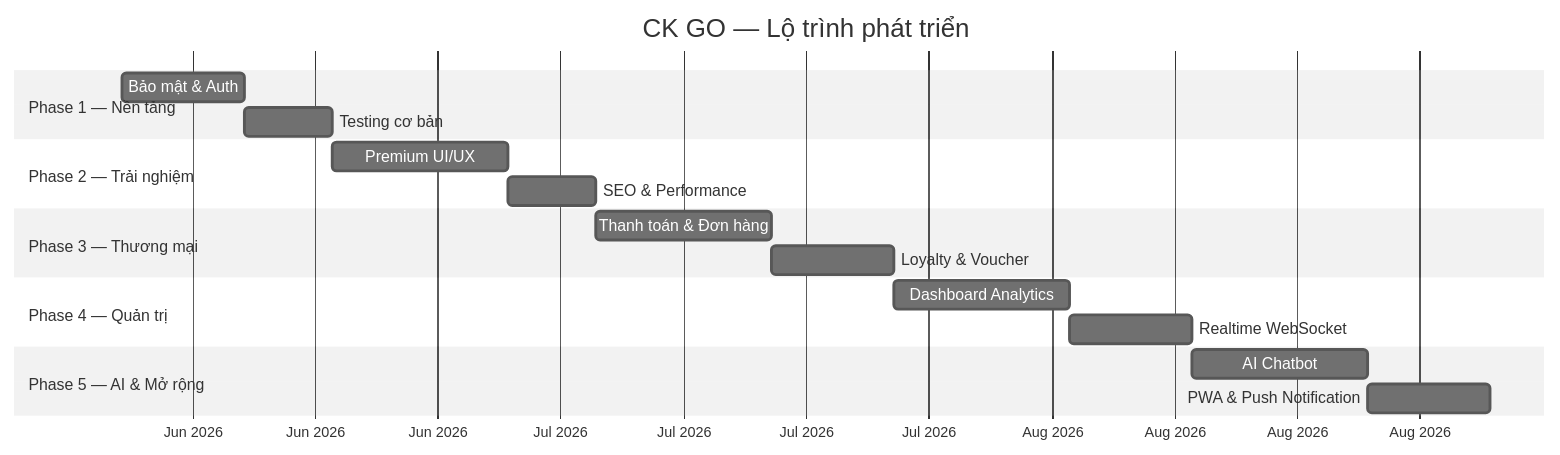
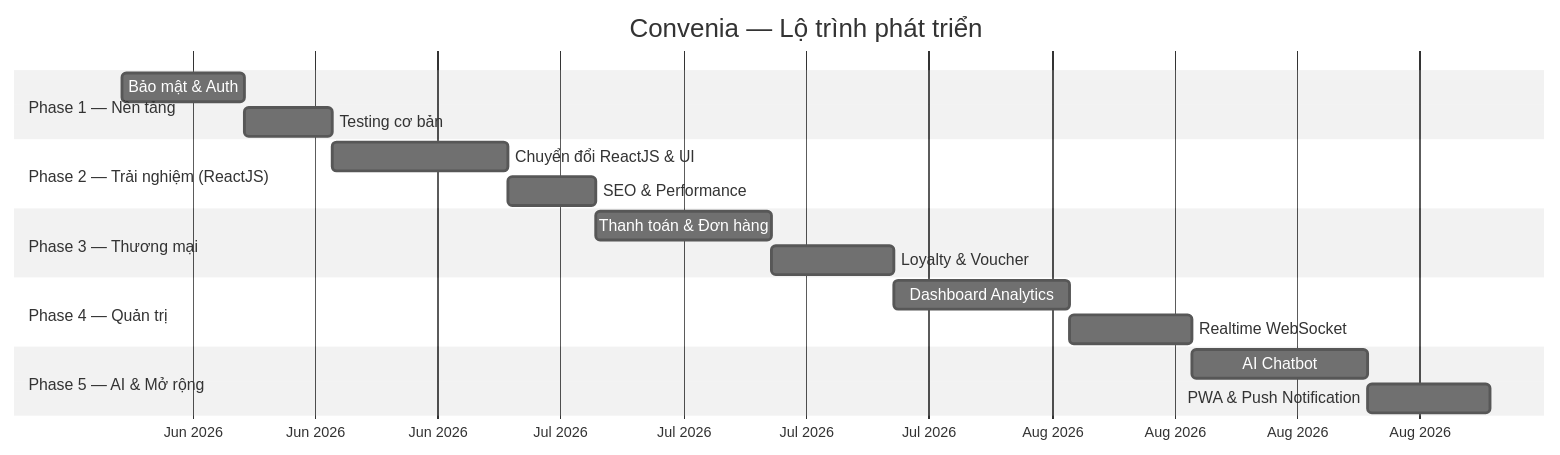
Before and after one commit to PHP2301/Convenia-Store: the diagram in ROADMAP.md, drawn with Mermaid (neutral theme). The commit also changed other lines of this file and 190 other files, not shown here.

````diff
--- a/ROADMAP.md
+++ b/ROADMAP.md
@@ -31,26 +31,26 @@
 ```mermaid
 gantt
-    title CK GO — Lộ trình phát triển
+    title Convenia — Lộ trình phát triển
     dateFormat  YYYY-MM-DD
     axisFormat  %b %Y
 
     section Phase 1 — Nền tảng
     Bảo mật & Auth          :p1a, 2026-06-10, 7d
     Testing cơ bản          :p1b, after p1a, 5d
 
-    section Phase 2 — Trải nghiệm
-    Premium UI/UX           :p2a, after p1b, 10d
+    section Phase 2 — Trải nghiệm (ReactJS)
+    Chuyển đổi ReactJS & UI :p2a, after p1b, 10d
     SEO & Performance       :p2b, after p2a, 5d
 
     section Phase 3 — Thương mại
     Thanh toán & Đơn hàng   :p3a, after p2b, 10d
     Loyalty & Voucher       :p3b, after p3a, 7d
 
     section Phase 4 — Quản trị
     Dashboard Analytics     :p4a, after p3b, 10d
     Realtime WebSocket      :p4b, after p4a, 7d
 
     section Phase 5 — AI & Mở rộng
     AI Chatbot              :p5a, after p4b, 10d
     PWA & Push Notification :p5b, after p5a, 7d
 ```
````
